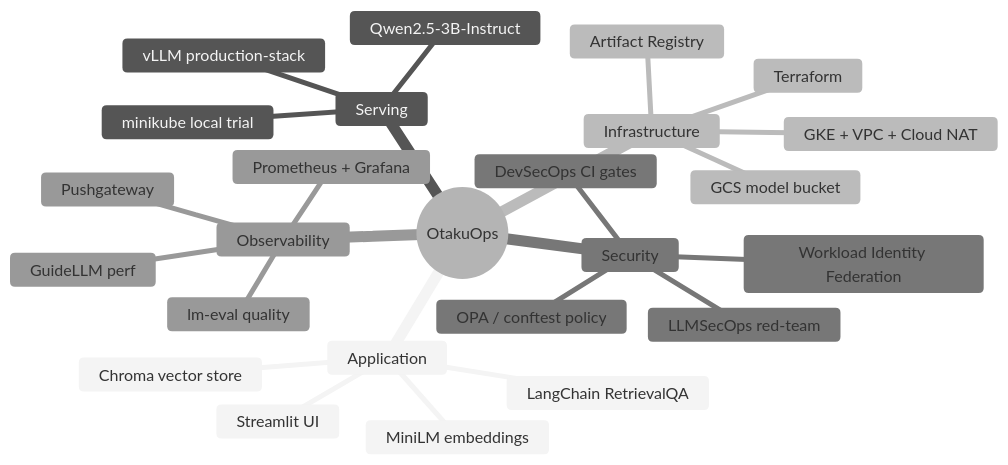
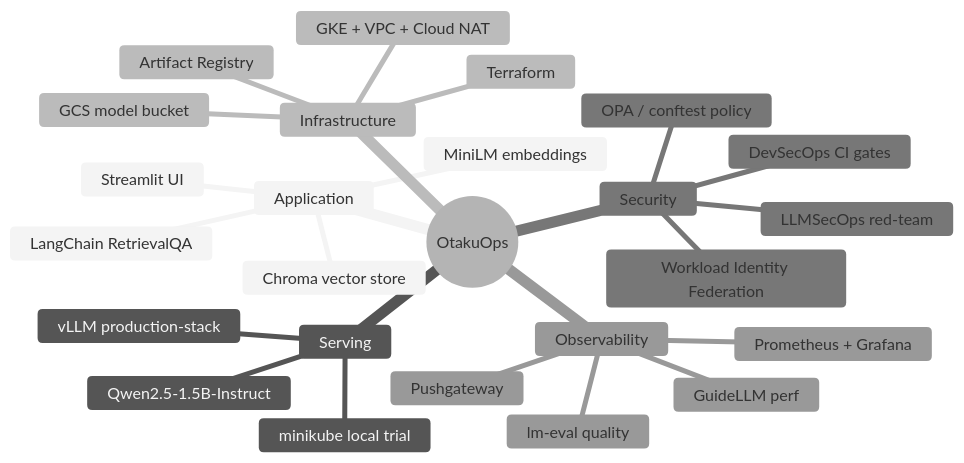
The first of 7 diagrams in README.md (zessam/OtakuOps), drawn with Mermaid (neutral theme) before and after one commit. The commit also changed other lines of this file and 14 other files, not shown here.

````diff
--- a/README.md
+++ b/README.md
@@ -40,28 +40,28 @@
 ```mermaid
 mindmap
   root((OtakuOps))
     Application
       Streamlit UI
       LangChain RetrievalQA
       Chroma vector store
       MiniLM embeddings
     Serving
       vLLM production-stack
-      Qwen2.5-3B-Instruct
+      Qwen2.5-1.5B-Instruct
       minikube local trial
     Infrastructure
       Terraform
       GKE + VPC + Cloud NAT
       GCS model bucket
       Artifact Registry
     Security
       DevSecOps CI gates
       OPA / conftest policy
       LLMSecOps red-team
       Workload Identity Federation
     Observability
       Prometheus + Grafana
       Pushgateway
       GuideLLM perf
       lm-eval quality
 ```
````
